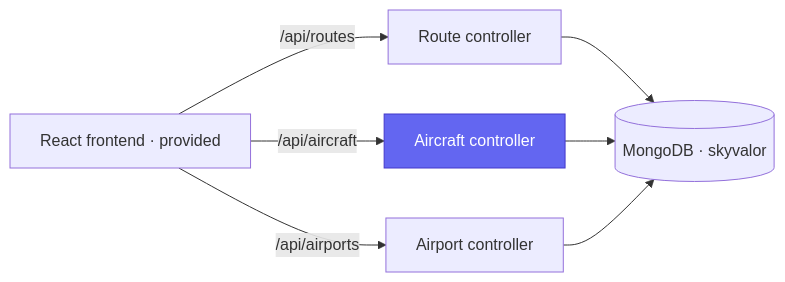
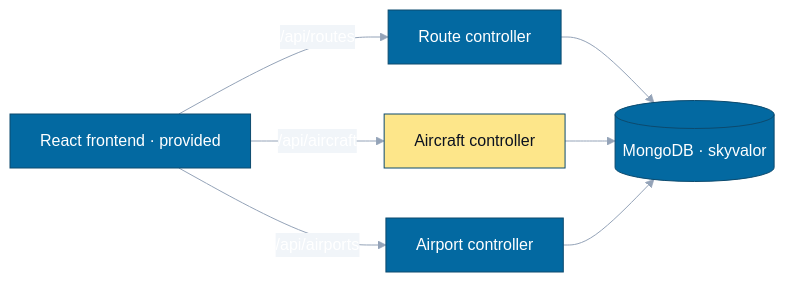
One commit to devjwk/coms3190-assignment3 changed the diagram in README.md. Above: the diagram before and after it, drawn with Mermaid. The commit also changed other lines of this file, not shown here.

Commit message:
Add concept banner and color theme to README

````diff
--- a/README.md
+++ b/README.md
@@ -42,10 +38,11 @@
 ```mermaid
+%%{init: {"theme": "base", "themeVariables": {"primaryColor": "#0369A1", "primaryTextColor": "#ffffff", "primaryBorderColor": "#0C4A6E", "lineColor": "#94A3B8", "secondaryColor": "#0284C7", "tertiaryColor": "#0C4A6E", "clusterBkg": "#F8FAFC", "clusterBorder": "#94A3B8", "edgeLabelBackground": "#F1F5F9", "fontFamily": "ui-sans-serif, system-ui, sans-serif"}}}%%
 flowchart LR
     F["React frontend · provided"] -->|"/api/routes"| R["Route controller"]
     F -->|"/api/aircraft"| A["Aircraft controller"]
     F -->|"/api/airports"| P["Airport controller"]
     R --> M[("MongoDB · skyvalor")]
     A --> M
     P --> M
-    style A fill:#6366F1,color:#ffffff,stroke:#4338CA
+    style A fill:#FDE68A,color:#0B1220,stroke:#0C4A6E
 ```
````
